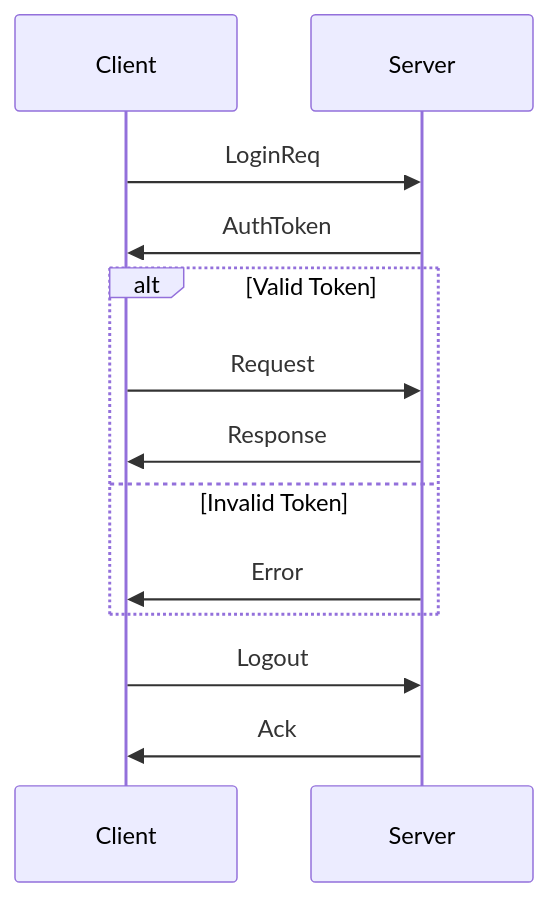
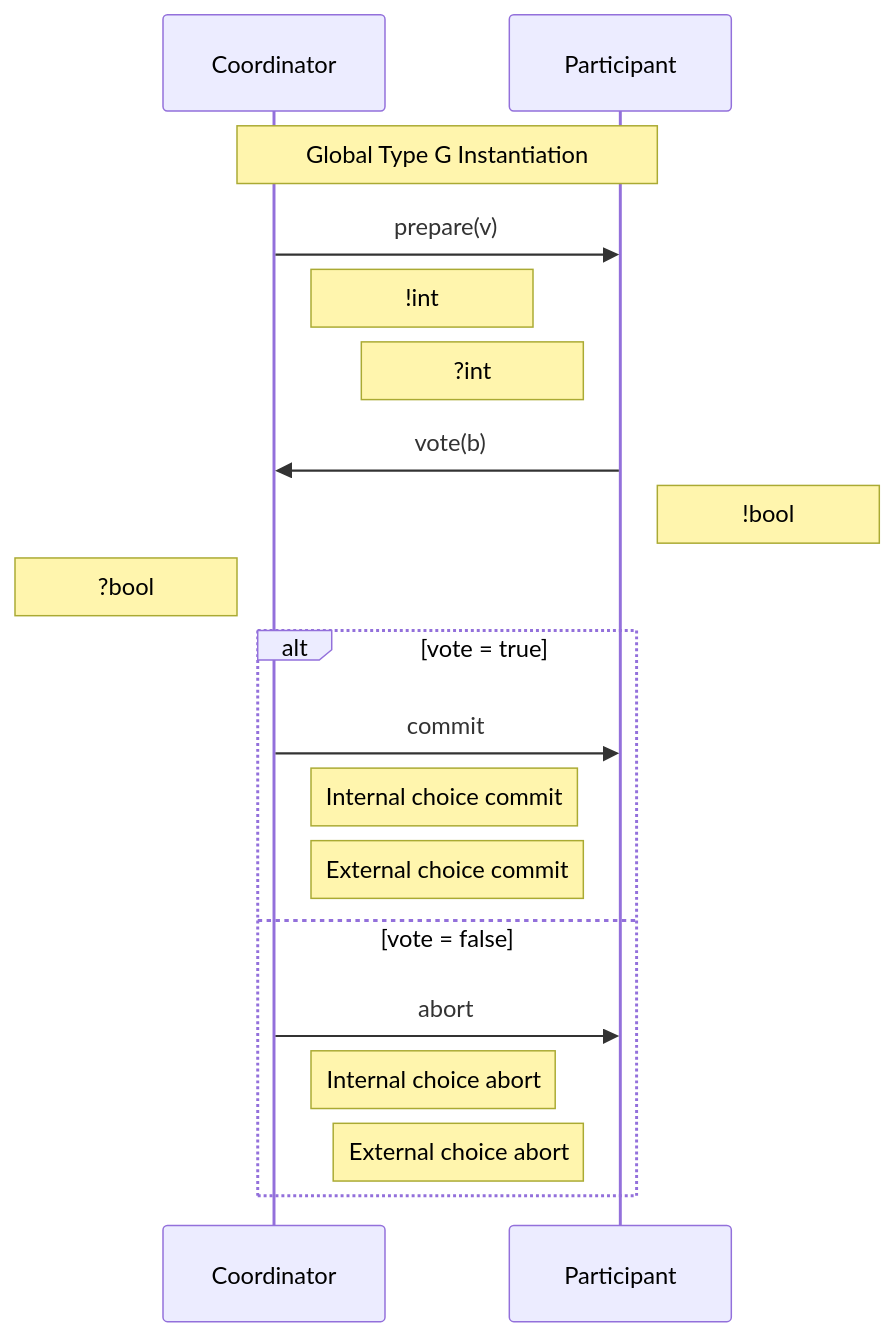
One commit to AdaMartin18010/AnalysisDataFlow changed the second of 4 diagrams in en/session-types.md. Above: the diagram before and after it, drawn with Mermaid. The commit also changed other lines of this file and 31 other files, not shown here.

````diff
--- a/en/session-types.md
+++ b/en/session-types.md
@@ -168,15 +440,25 @@
 ```mermaid
 sequenceDiagram
-    participant C as Client
-    participant S as Server
-    C->>S: LoginReq
-    S->>C: AuthToken
-    alt Valid Token
-        C->>S: Request
-        S->>C: Response
-    else Invalid Token
-        S->>C: Error
+    participant C as Coordinator
+    participant P as Participant
+
+    Note over C,P: Global Type G Instantiation
+
+    C->>P: prepare(v)
+    Note right of C: !int
+    Note left of P: ?int
+
+    P->>C: vote(b)
+    Note right of P: !bool
+    Note left of C: ?bool
+
+    alt vote = true
+        C->>P: commit
+        Note right of C: Internal choice commit
+        Note left of P: External choice commit
+    else vote = false
+        C->>P: abort
+        Note right of C: Internal choice abort
+        Note left of P: External choice abort
     end
-    C->>S: Logout
-    S->>C: Ack
 ```
````
